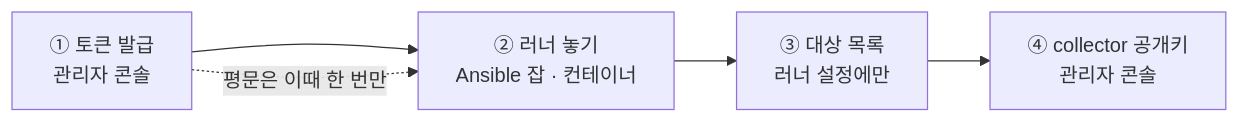
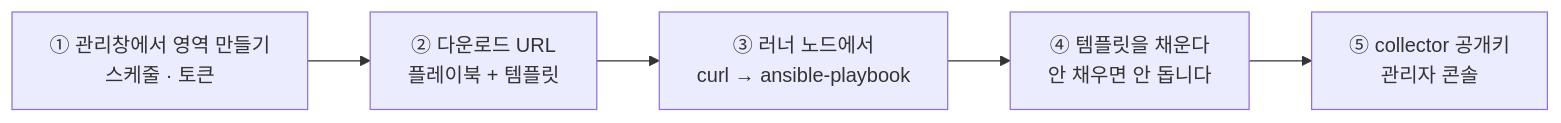
The second of 5 diagrams in saas/journey.md (sntsoftgit/pqcaton), drawn with Mermaid before and after one commit. The commit also changed other lines of this file and 1 other file, not shown here.

First line of the commit message:
docs: 러너 컨테이너 포장을 걷어내고 여정을 플레이북 설치로 맞춘다

````diff
--- a/saas/journey.md
+++ b/saas/journey.md
@@ -106,7 +102,7 @@
 ```mermaid
 flowchart LR
-    T["① 토큰 발급<br/>관리자 콘솔"] --> P["② 러너 놓기<br/>Ansible 잡 · 컨테이너"]
-    P --> L["③ 대상 목록<br/>러너 설정에만"]
-    L --> K["④ collector 공개키<br/>관리자 콘솔"]
-    T -.->|"평문은 이때 한 번만"| P
+    Z["① 관리창에서 영역 만들기<br/>스케줄 · 토큰"] --> D["② 다운로드 URL<br/>플레이북 + 템플릿"]
+    D --> R["③ 러너 노드에서<br/>curl → ansible-playbook"]
+    R --> F["④ 템플릿을 채운다<br/>안 채우면 안 돕니다"]
+    F --> K["⑤ collector 공개키<br/>관리자 콘솔"]
 ```
````
